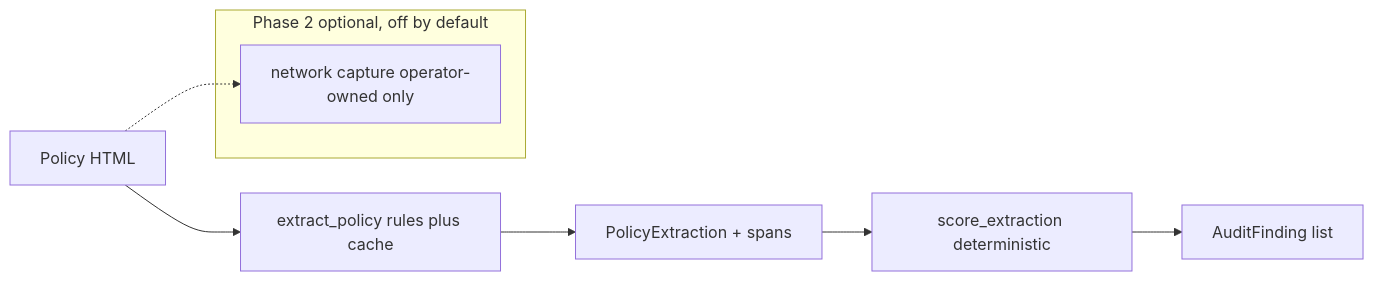
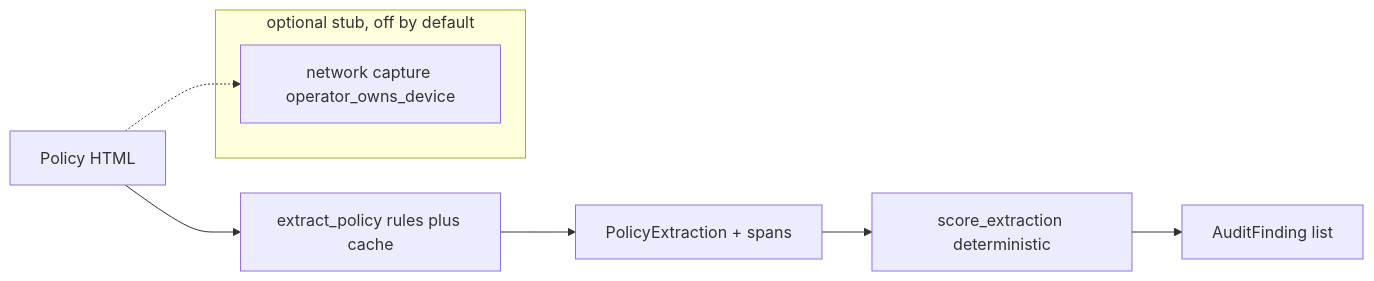
The diagram in README.md (TechieGoku2623/neuroprivacy), drawn with Mermaid before and after one commit. The commit also changed other lines of this file and 20 other files, not shown here.

````diff
--- a/README.md
+++ b/README.md
@@ -151,11 +219,11 @@
 ```mermaid
 flowchart LR
     html[Policy HTML] --> extract[extract_policy rules plus cache]
     extract --> fields[PolicyExtraction + spans]
     fields --> score[score_extraction deterministic]
     score --> findings[AuditFinding list]
-    subgraph gated [Phase 2 optional, off by default]
-      net[network capture operator-owned only]
+    subgraph gated [optional stub, off by default]
+      net[network capture operator_owns_device]
     end
     html -.-> net
 ```
````
